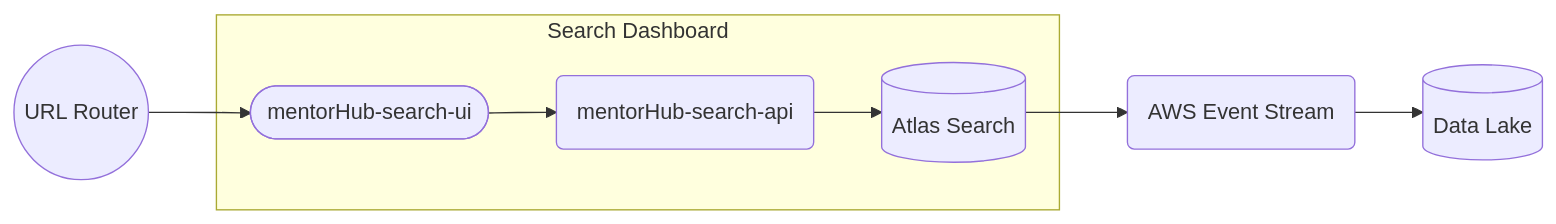
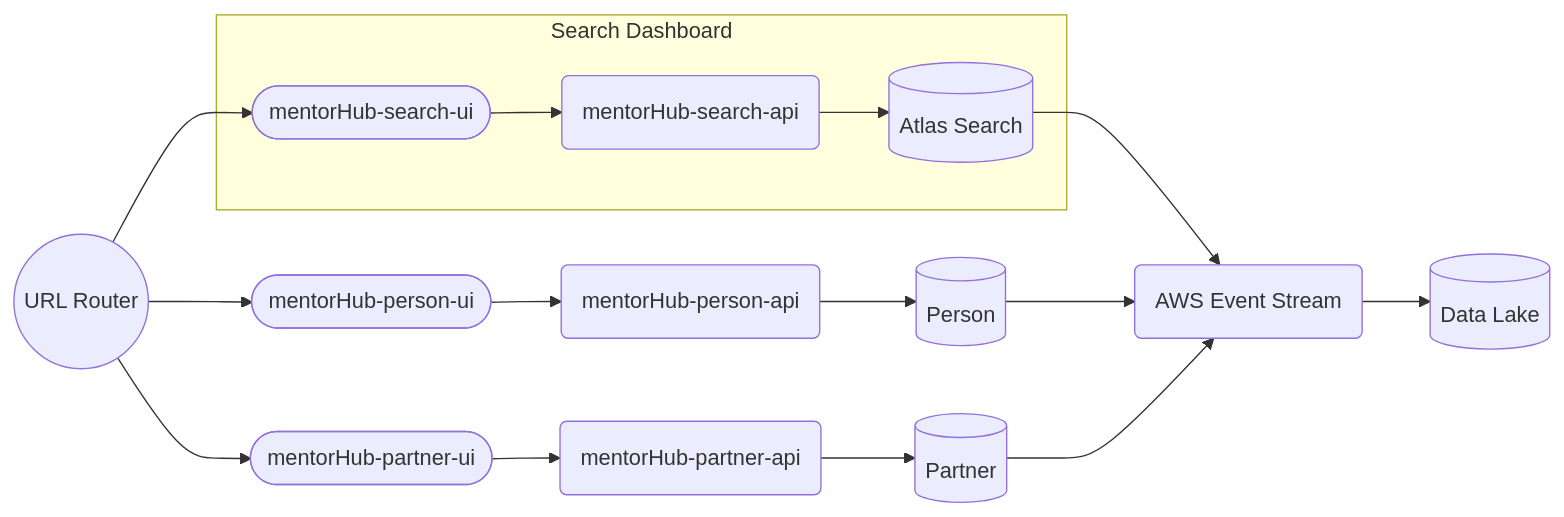
The first of 6 diagrams in specifications/ARCHITECTURE.md (agile-learning-institute/mentorHub), drawn with Mermaid before and after one commit.

````diff
--- a/specifications/ARCHITECTURE.md
+++ b/specifications/ARCHITECTURE.md
@@ -19,16 +19,28 @@
 ```mermaid
 flowchart LR
     APIG((URL Router))
     BUS(AWS Event Stream)
     --> DataLake[(Data Lake)]
 
     APIG 
     --> SearchUI([mentorHub-search-ui])
     subgraph Search Dashboard
         SearchUI
         --> SearchAPI(mentorHub-search-api)
         --> SearchDB[(Atlas Search)]
     end
     SearchDB --> BUS
 
+    APIG
+    --> PersonUI([mentorHub-person-ui])
+    --> PersonAPI(mentorHub-person-api)
+    --> PersonDB[(Person)]
+    --> BUS
+
+    APIG
+    --> PartnerUI([mentorHub-partner-ui])
+    --> PartnerAPI(mentorHub-partner-api)
+    --> PartnerDB[(Partner)]
+    --> BUS
+
 ```
````
